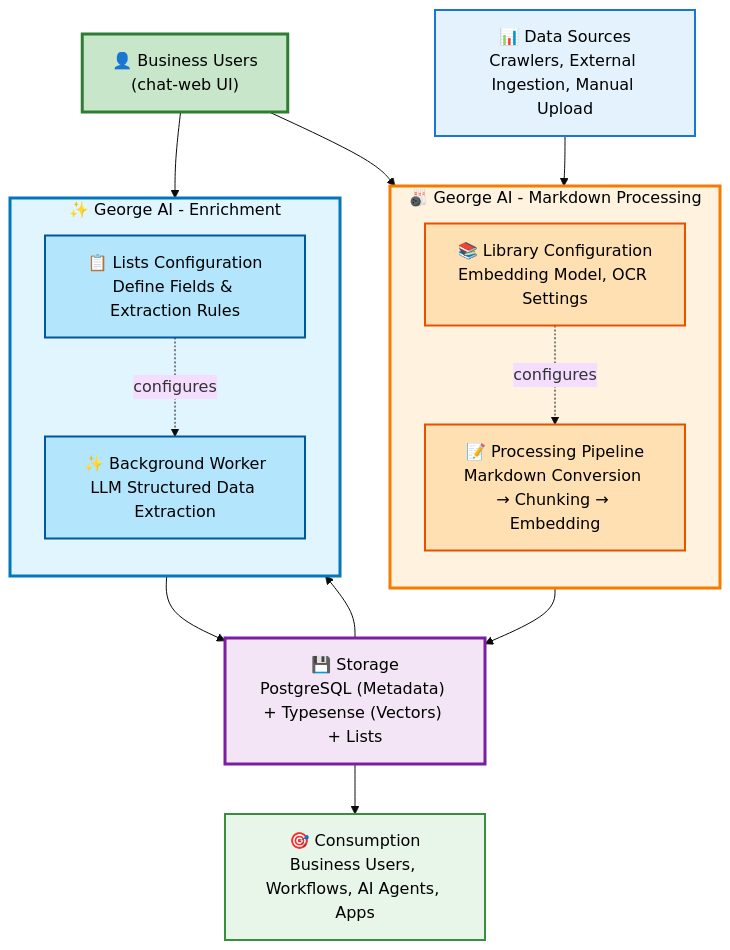
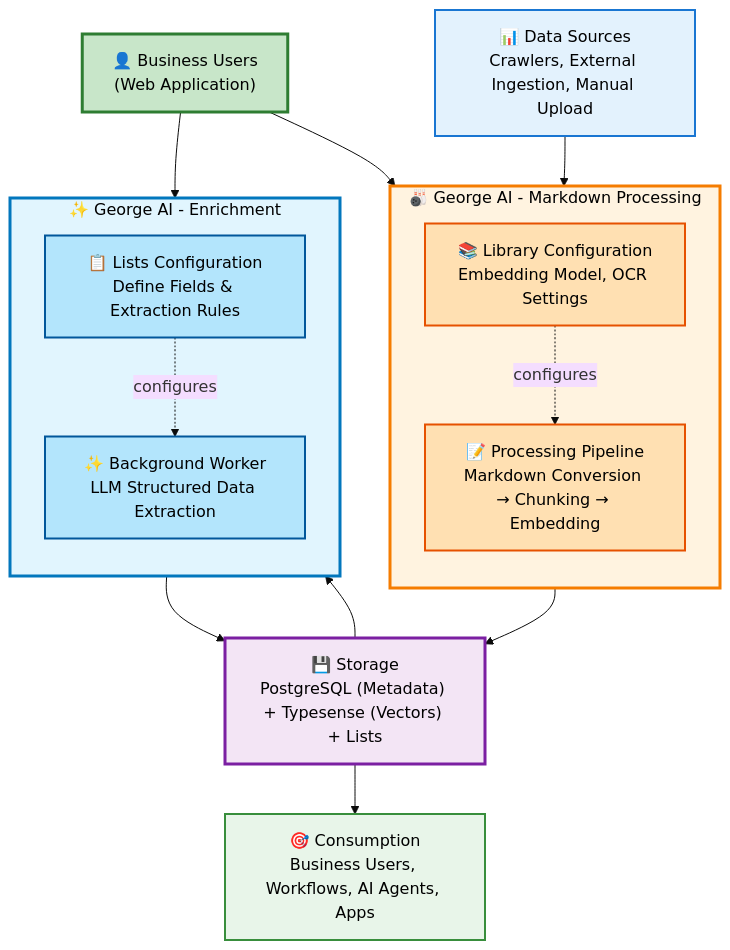
Before and after one commit to progwise/george-ai: the diagram in docs/architecture.md, drawn with Mermaid (base theme). The commit also changed other lines of this file and 440 other files, not shown here.

````diff
--- a/docs/architecture.md
+++ b/docs/architecture.md
@@ -24,44 +24,44 @@
 ```mermaid
 flowchart TD
     Sources["📊 Data Sources<br/>Crawlers, External Ingestion, Manual Upload"]
 
-    UI["👤 Business Users<br/>(chat-web UI)"]
+    UI["👤 Business Users<br/>(Web Application)"]
 
     subgraph George["🎳 George AI - Markdown Processing"]
         direction TB
         LibraryConfig["📚 Library Configuration<br/>Embedding Model, OCR Settings"]
         Processing["📝 Processing Pipeline<br/>Markdown Conversion → Chunking → Embedding"]
     end
 
     subgraph Enrichment["✨ George AI - Enrichment"]
         direction TB
         ListConfig["📋 Lists Configuration<br/>Define Fields & Extraction Rules"]
         EnrichWorker["✨ Background Worker<br/>LLM Structured Data Extraction"]
     end
 
     Storage["💾 Storage<br/>PostgreSQL (Metadata) + Typesense (Vectors) + Lists"]
 
     Consumption["🎯 Consumption<br/>Business Users, Workflows, AI Agents, Apps"]
 
     Sources --> George
     UI --> LibraryConfig
     UI --> ListConfig
     LibraryConfig -.configures.-> Processing
     Processing --> Storage
     Storage --> EnrichWorker
     ListConfig -.configures.-> EnrichWorker
     EnrichWorker --> Storage
     Storage --> Consumption
 
     style Sources fill:#e3f2fd,stroke:#1976d2,stroke-width:2px,color:#000
     style UI fill:#c8e6c9,stroke:#2e7d32,stroke-width:3px,color:#000
     style George fill:#fff3e0,stroke:#f57c00,stroke-width:3px,color:#000
     style Enrichment fill:#e1f5fe,stroke:#0277bd,stroke-width:3px,color:#000
     style Storage fill:#f3e5f5,stroke:#7b1fa2,stroke-width:3px,color:#000
     style Consumption fill:#e8f5e9,stroke:#388e3c,stroke-width:2px,color:#000
 
     style LibraryConfig fill:#ffe0b2,stroke:#e65100,stroke-width:2px,color:#000
     style Processing fill:#ffe0b2,stroke:#e65100,stroke-width:2px,color:#000
     style ListConfig fill:#b3e5fc,stroke:#01579b,stroke-width:2px,color:#000
     style EnrichWorker fill:#b3e5fc,stroke:#01579b,stroke-width:2px,color:#000
 ```
````
